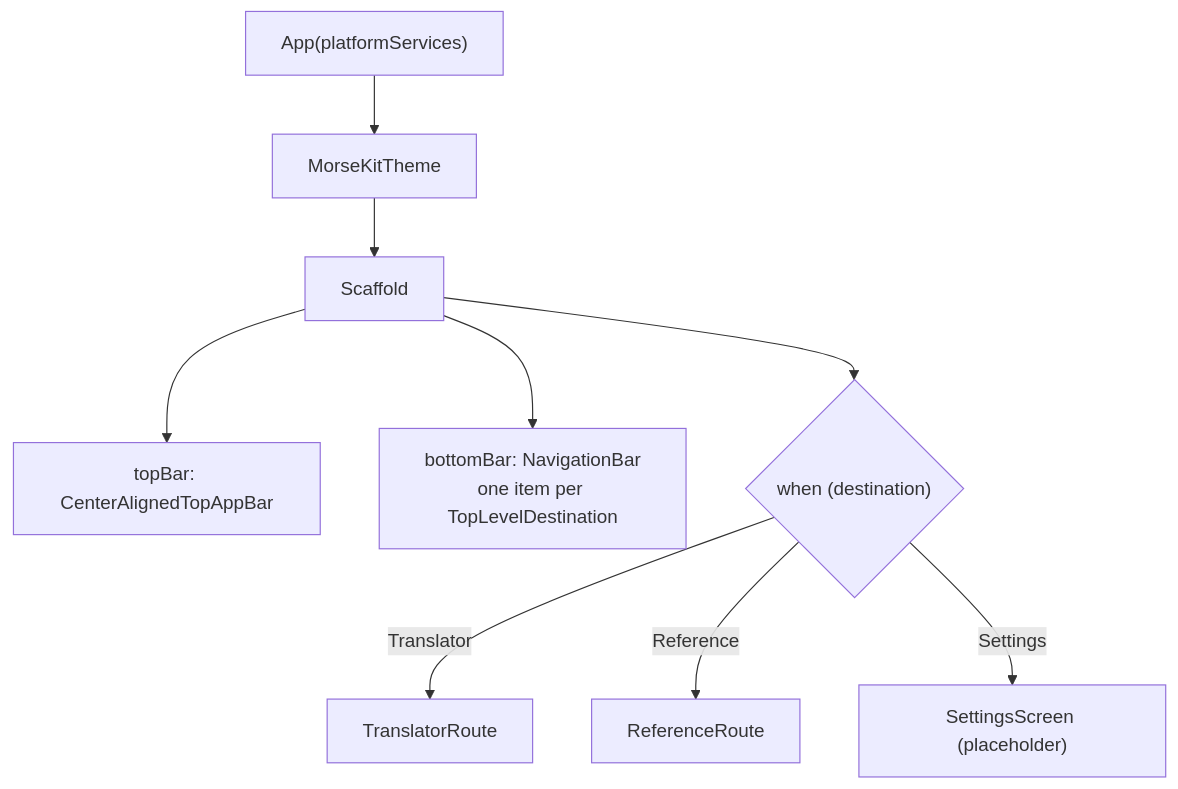
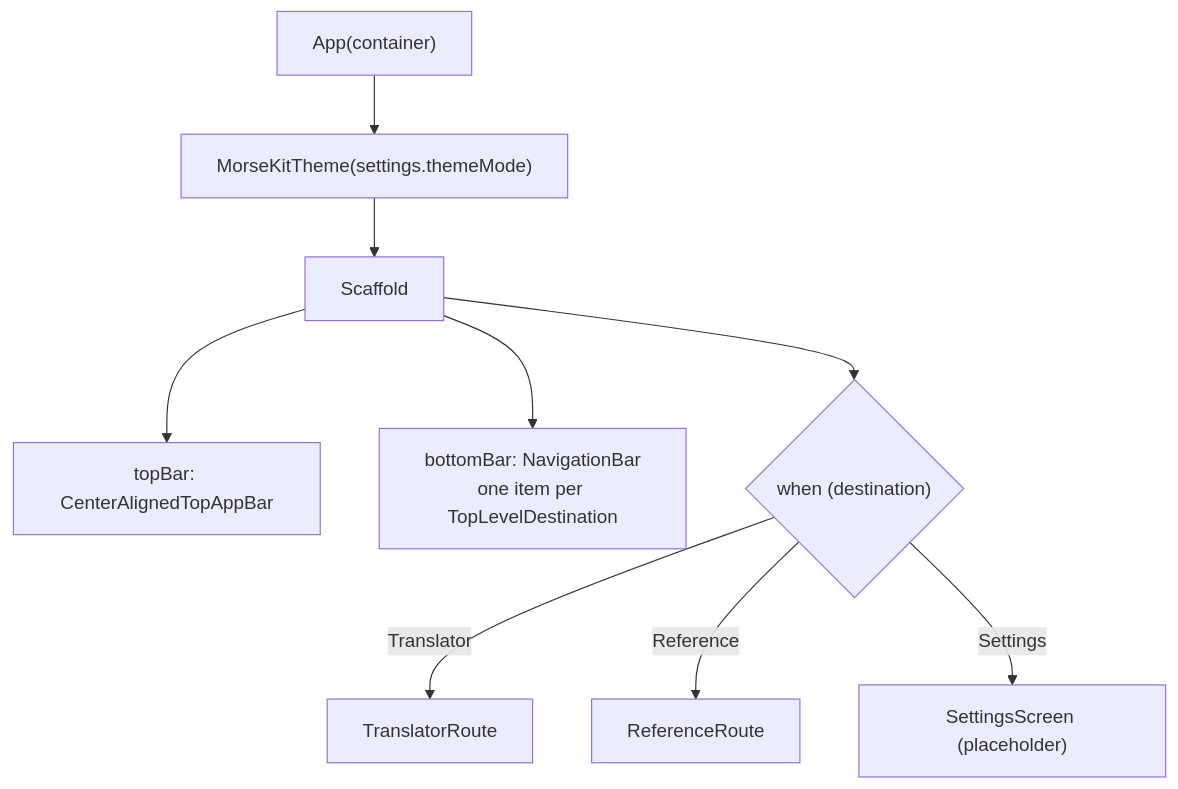
One commit to chankruze/morsekit changed the fifth of 8 diagrams in docs/04-compose-ui-and-state.md. Above: the diagram before and after it, drawn with Mermaid. The commit also changed other lines of this file and 6 other files, not shown here.

First line of the commit message:
docs: document settings architecture and update roadmap

````diff
--- a/docs/04-compose-ui-and-state.md
+++ b/docs/04-compose-ui-and-state.md
@@ -194,11 +194,11 @@
 ```mermaid
 flowchart TB
-    App["App(platformServices)"] --> Theme["MorseKitTheme"]
+    App["App(container)"] --> Theme["MorseKitTheme(settings.themeMode)"]
     Theme --> Scaffold["Scaffold"]
     Scaffold --> Top["topBar: CenterAlignedTopAppBar"]
     Scaffold --> Bottom["bottomBar: NavigationBar<br/>one item per TopLevelDestination"]
     Scaffold --> Content{"when (destination)"}
     Content -->|Translator| TR["TranslatorRoute"]
     Content -->|Reference| RS["ReferenceRoute"]
     Content -->|Settings| SS["SettingsScreen (placeholder)"]
 ```
````
